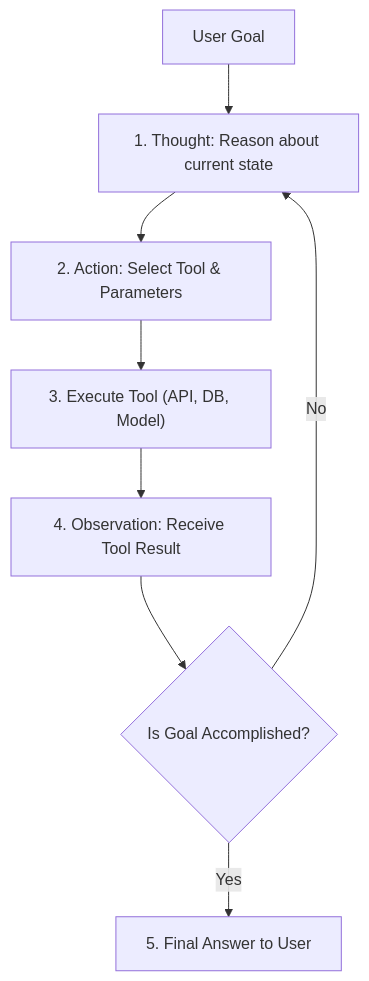
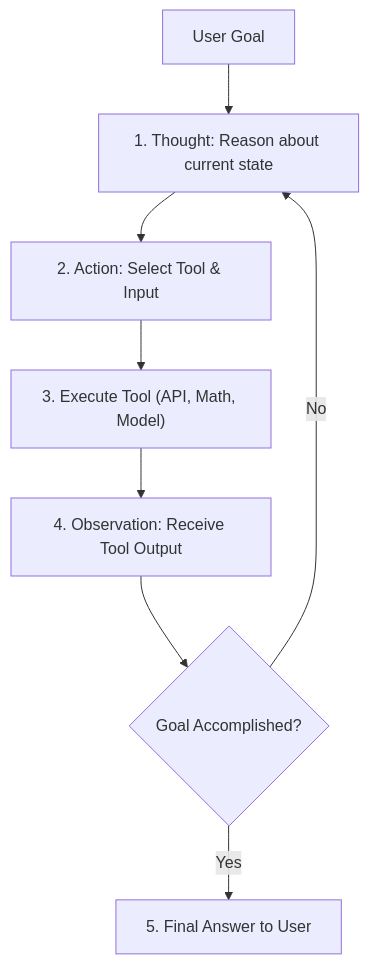
The second of 2 diagrams in README.md (ivengexnce/GEN_AI), drawn with Mermaid before and after one commit. The commit also changed other lines of this file and 5 other files, not shown here.

````diff
--- a/README.md
+++ b/README.md
@@ -122,10 +135,10 @@
 ```mermaid
 graph TD
     Goal["User Goal"] --> Thought["1. Thought: Reason about current state"]
-    Thought --> Action["2. Action: Select Tool & Parameters"]
-    Action --> Exec["3. Execute Tool (API, DB, Model)"]
-    Exec --> Obs["4. Observation: Receive Tool Result"]
-    Obs --> Check{"Is Goal Accomplished?"}
+    Thought --> Action["2. Action: Select Tool & Input"]
+    Action --> Exec["3. Execute Tool (API, Math, Model)"]
+    Exec --> Obs["4. Observation: Receive Tool Output"]
+    Obs --> Check{"Goal Accomplished?"}
     Check -- No --> Thought
     Check -- Yes --> Final["5. Final Answer to User"]
 ```
````
